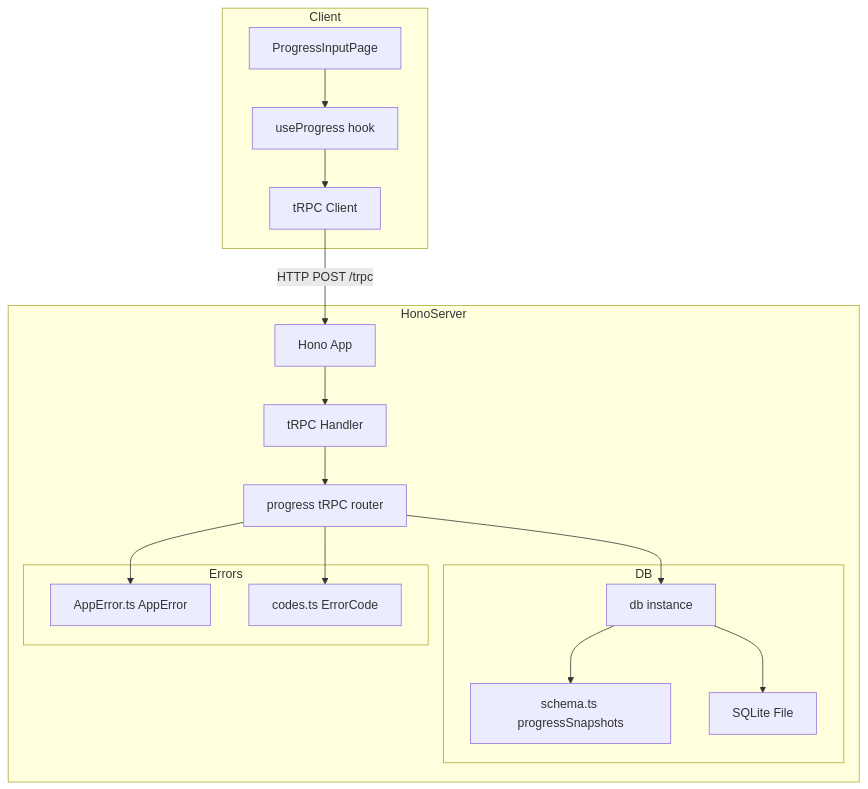
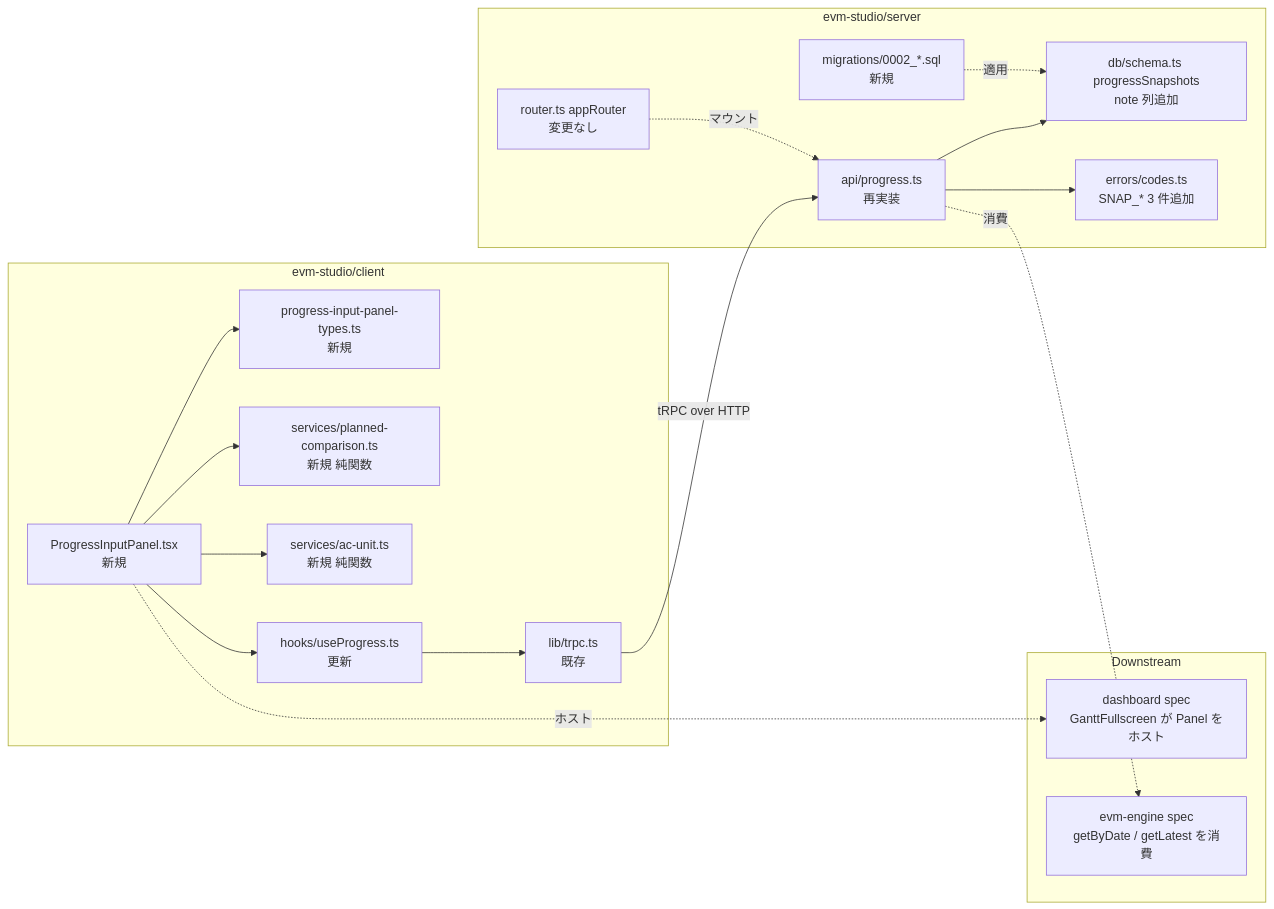
Before and after one commit to PrimeBrains/sdd-workshop: the first of 5 diagrams in .kiro/specs/progress-tracking/design.md, drawn with Mermaid. The commit also changed other lines of this file and 23 other files, not shown here.

````diff
--- a/.kiro/specs/progress-tracking/design.md
+++ b/.kiro/specs/progress-tracking/design.md
@@ -78,32 +96,38 @@
 ```mermaid
-graph TB
-    subgraph Client
-        ProgressInputPage[ProgressInputPage]
-        useProgress[useProgress hook]
-        TRPCClient[tRPC Client]
-    end
-    subgraph HonoServer
-        HonoApp[Hono App]
-        TRPCHandler[tRPC Handler]
-        ProgressRouter[progress tRPC router]
-        subgraph DB
-            DrizzleSchema[schema.ts progressSnapshots]
-            DrizzleClient[db instance]
-            SQLiteFile[SQLite File]
-        end
-        subgraph Errors
-            AppErrorClass[AppError.ts AppError]
-            ErrorCodes[codes.ts ErrorCode]
-        end
-    end
-    ProgressInputPage --> useProgress
-    useProgress --> TRPCClient
-    TRPCClient -->|HTTP POST /trpc| HonoApp
-    HonoApp --> TRPCHandler
-    TRPCHandler --> ProgressRouter
-    ProgressRouter --> DrizzleClient
-    DrizzleClient --> DrizzleSchema
-    DrizzleClient --> SQLiteFile
-    ProgressRouter --> AppErrorClass
-    ProgressRouter --> ErrorCodes
+flowchart LR
+  subgraph Client [evm-studio/client]
+    Panel[ProgressInputPanel.tsx<br/>新規]
+    PanelTypes[progress-input-panel-types.ts<br/>新規]
+    PlannedSvc[services/planned-comparison.ts<br/>新規 純関数]
+    UnitSvc[services/ac-unit.ts<br/>新規 純関数]
+    Hook[hooks/useProgress.ts<br/>更新]
+    TRPCClient[lib/trpc.ts<br/>既存]
+  end
+
+  subgraph Server [evm-studio/server]
+    Router[api/progress.ts<br/>再実装]
+    Schema[db/schema.ts progressSnapshots<br/>note 列追加]
+    Migration[migrations/0002_*.sql<br/>新規]
+    Errors[errors/codes.ts<br/>SNAP_* 3 件追加]
+    AppRouter[router.ts appRouter<br/>変更なし]
+  end
+
+  Panel --> PanelTypes
+  Panel --> PlannedSvc
+  Panel --> UnitSvc
+  Panel --> Hook
+  Hook --> TRPCClient
+  TRPCClient -->|tRPC over HTTP| Router
+  Router --> Schema
+  Router --> Errors
+  Migration -.適用.-> Schema
+  AppRouter -.マウント.-> Router
+
+  subgraph Downstream
+    Dashboard[dashboard spec<br/>GanttFullscreen が Panel をホスト]
+    Engine[evm-engine spec<br/>getByDate / getLatest を消費]
+  end
+
+  Panel -.ホスト.-> Dashboard
+  Router -.消費.-> Engine
 ```
````
